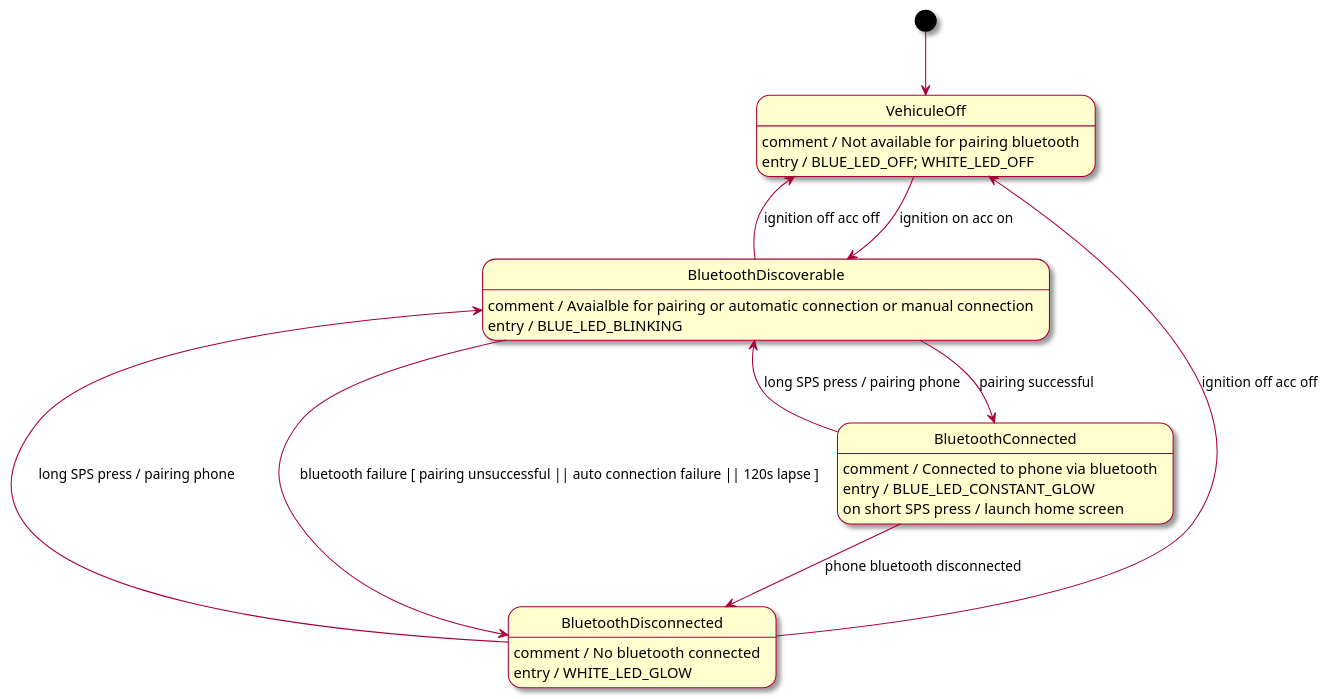
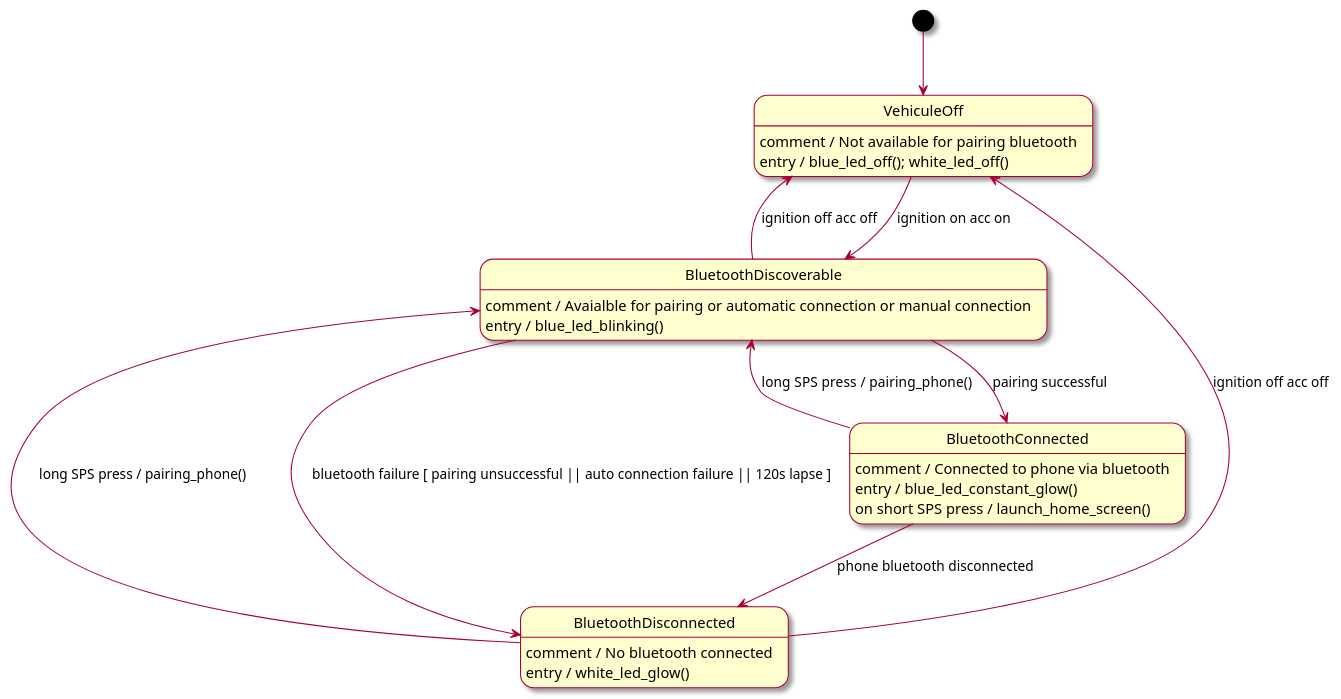
One commit to Lecrapouille/PlantUMLStatecharts changed the diagram in examples/input/Silver.plantuml. Above: the diagram before and after it, drawn with PlantUML. The commit also changed 1 other file, not shown here.

```diff
--- a/examples/input/Silver.plantuml
+++ b/examples/input/Silver.plantuml
@@ -1,28 +1,28 @@
 @startuml
 skin rose
 
 [*] --> VehiculeOff
 
 VehiculeOff --> BluetoothDiscoverable : ignition on acc on
 VehiculeOff <-- BluetoothDiscoverable : ignition off acc off
 VehiculeOff <-- BluetoothDisconnected : ignition off acc off
 
 BluetoothDiscoverable --> BluetoothConnected : pairing successful
-BluetoothDiscoverable <-- BluetoothConnected : long SPS press / pairing phone
+BluetoothDiscoverable <-- BluetoothConnected : long SPS press /  pairing_phone()
 BluetoothDiscoverable --> BluetoothDisconnected : bluetooth failure [ pairing unsuccessful || auto connection failure || 120s lapse ]
-BluetoothDiscoverable <-- BluetoothDisconnected : long SPS press / pairing phone
+BluetoothDiscoverable <-- BluetoothDisconnected : long SPS press / pairing_phone()
 
 BluetoothConnected --> BluetoothDisconnected : phone bluetooth disconnected
 
 
 VehiculeOff : comment / Not available for pairing bluetooth
-VehiculeOff : entry / BLUE_LED_OFF; WHITE_LED_OFF
+VehiculeOff : entry / blue_led_off(); white_led_off()
 BluetoothDiscoverable : comment / Avaialble for pairing or automatic connection or manual connection
-BluetoothDiscoverable : entry / BLUE_LED_BLINKING
+BluetoothDiscoverable : entry / blue_led_blinking()
 BluetoothConnected : comment / Connected to phone via bluetooth
-BluetoothConnected : entry / BLUE_LED_CONSTANT_GLOW
-BluetoothConnected : on short SPS press / launch home screen
+BluetoothConnected : entry / blue_led_constant_glow()
+BluetoothConnected : on short SPS press / launch_home_screen()
 BluetoothDisconnected : comment / No bluetooth connected
-BluetoothDisconnected : entry / WHITE_LED_GLOW
+BluetoothDisconnected : entry / white_led_glow()
 
 @enduml
```
